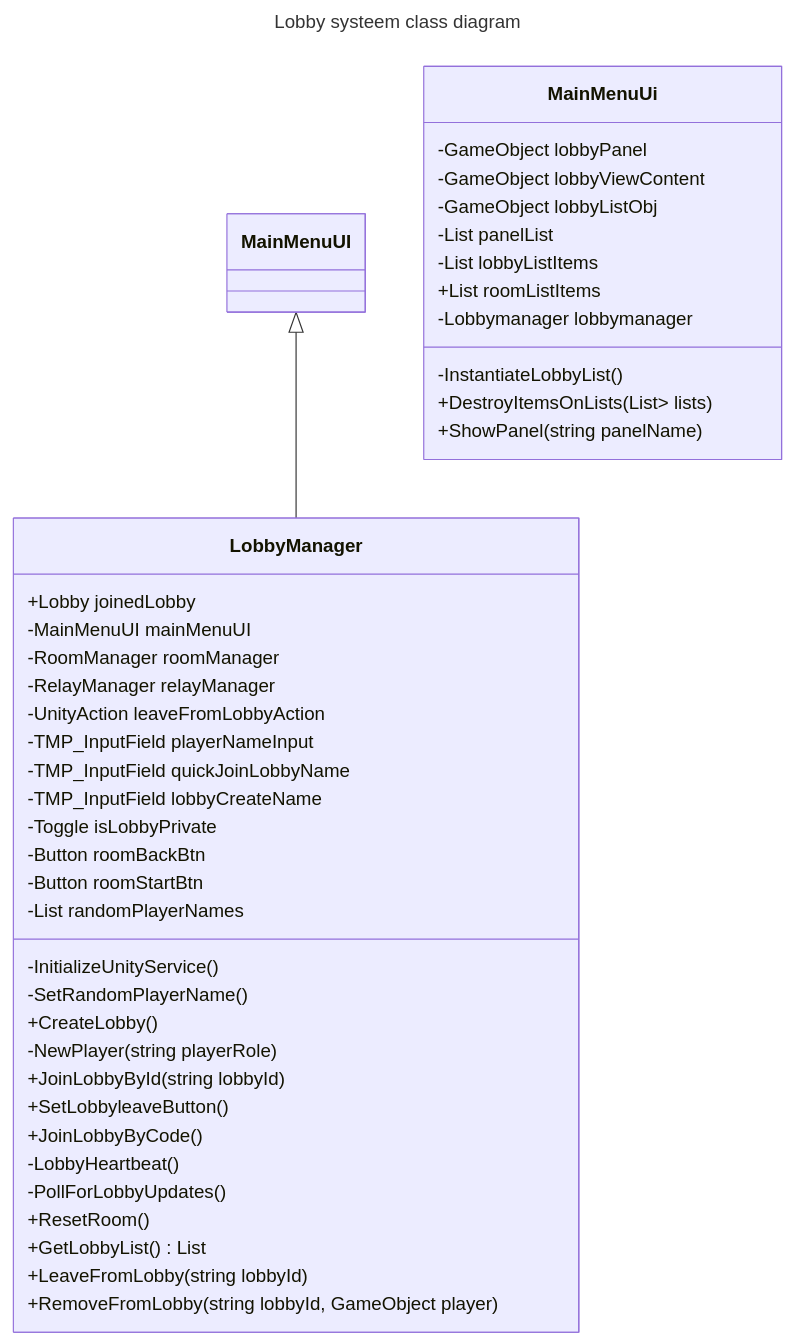
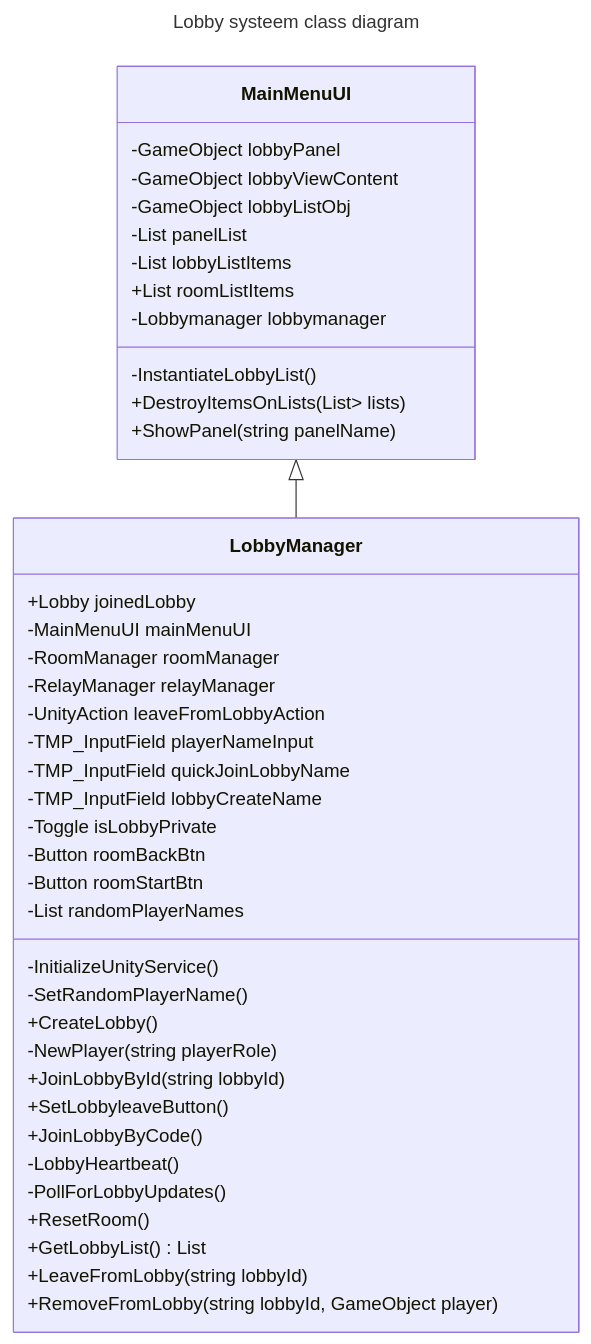
One commit to T3rabyte/Examen changed the third of 4 diagrams in README.md. Above: the diagram before and after it, drawn with Mermaid.

````diff
--- a/README.md
+++ b/README.md
@@ -68,46 +68,46 @@
 ```mermaid
 ---
 title: Lobby systeem class diagram
 ---
 classDiagram
     MainMenuUI <|-- LobbyManager
-    class MainMenuUi{
+    class MainMenuUI{
         -GameObject lobbyPanel
         -GameObject lobbyViewContent
         -GameObject lobbyListObj
         -List<GameObject> panelList
         -List<GameObject> lobbyListItems
         +List<GameObject> roomListItems
         -Lobbymanager lobbymanager
         -InstantiateLobbyList()
         +DestroyItemsOnLists(List<List<GameObjects>> lists)
         +ShowPanel(string panelName)
     }
     class LobbyManager{
         +Lobby joinedLobby
         -MainMenuUI mainMenuUI
         -RoomManager roomManager
         -RelayManager relayManager
         -UnityAction leaveFromLobbyAction
         -TMP_InputField playerNameInput
         -TMP_InputField quickJoinLobbyName
         -TMP_InputField lobbyCreateName
         -Toggle isLobbyPrivate
         -Button roomBackBtn
         -Button roomStartBtn
         -List<string> randomPlayerNames
         -InitializeUnityService()
         -SetRandomPlayerName()
         +CreateLobby()
         -NewPlayer(string playerRole)
         +JoinLobbyById(string lobbyId)
         +SetLobbyleaveButton()
         +JoinLobbyByCode()
         -LobbyHeartbeat()
         -PollForLobbyUpdates()
         +ResetRoom()
         +GetLobbyList() List<Lobby>
         +LeaveFromLobby(string lobbyId)
         +RemoveFromLobby(string lobbyId, GameObject player) 
     }
 ```
````
